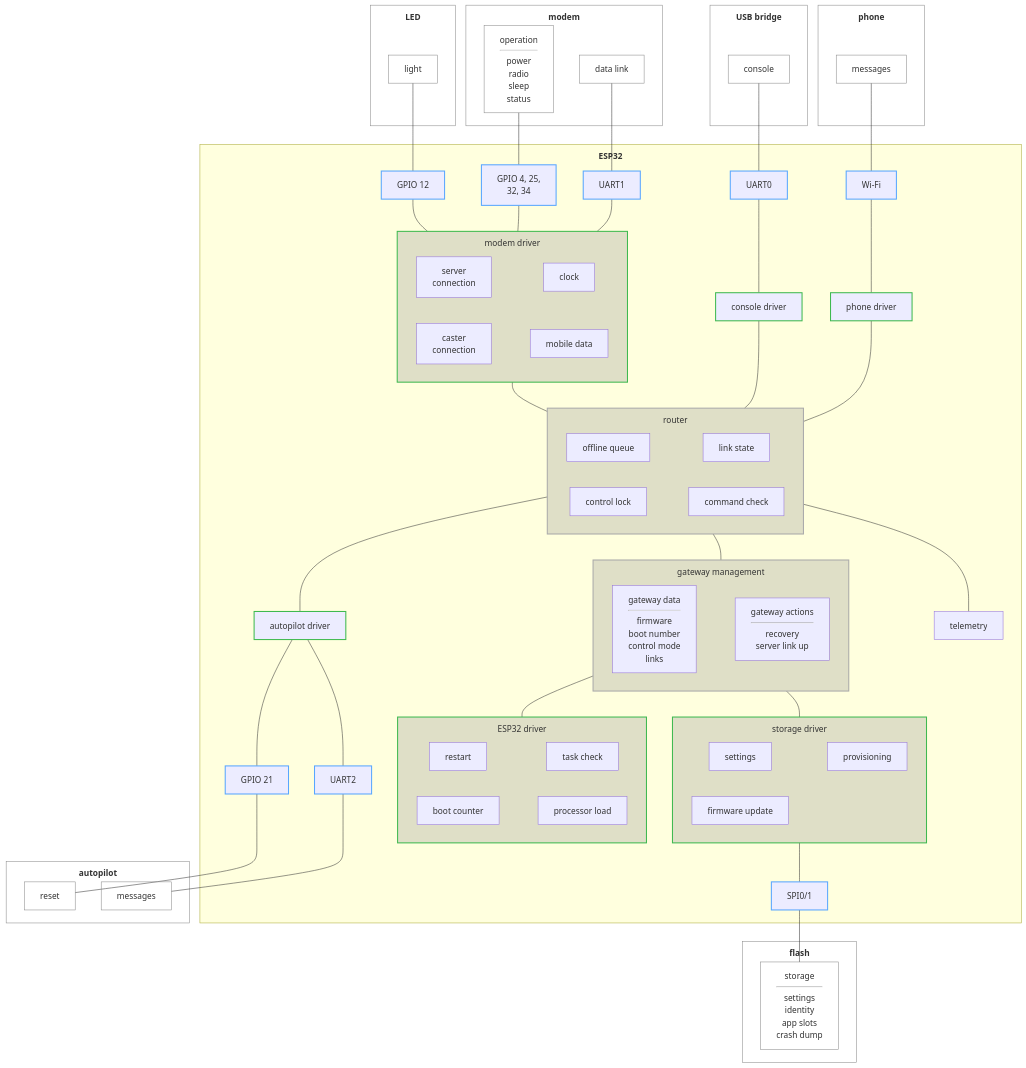
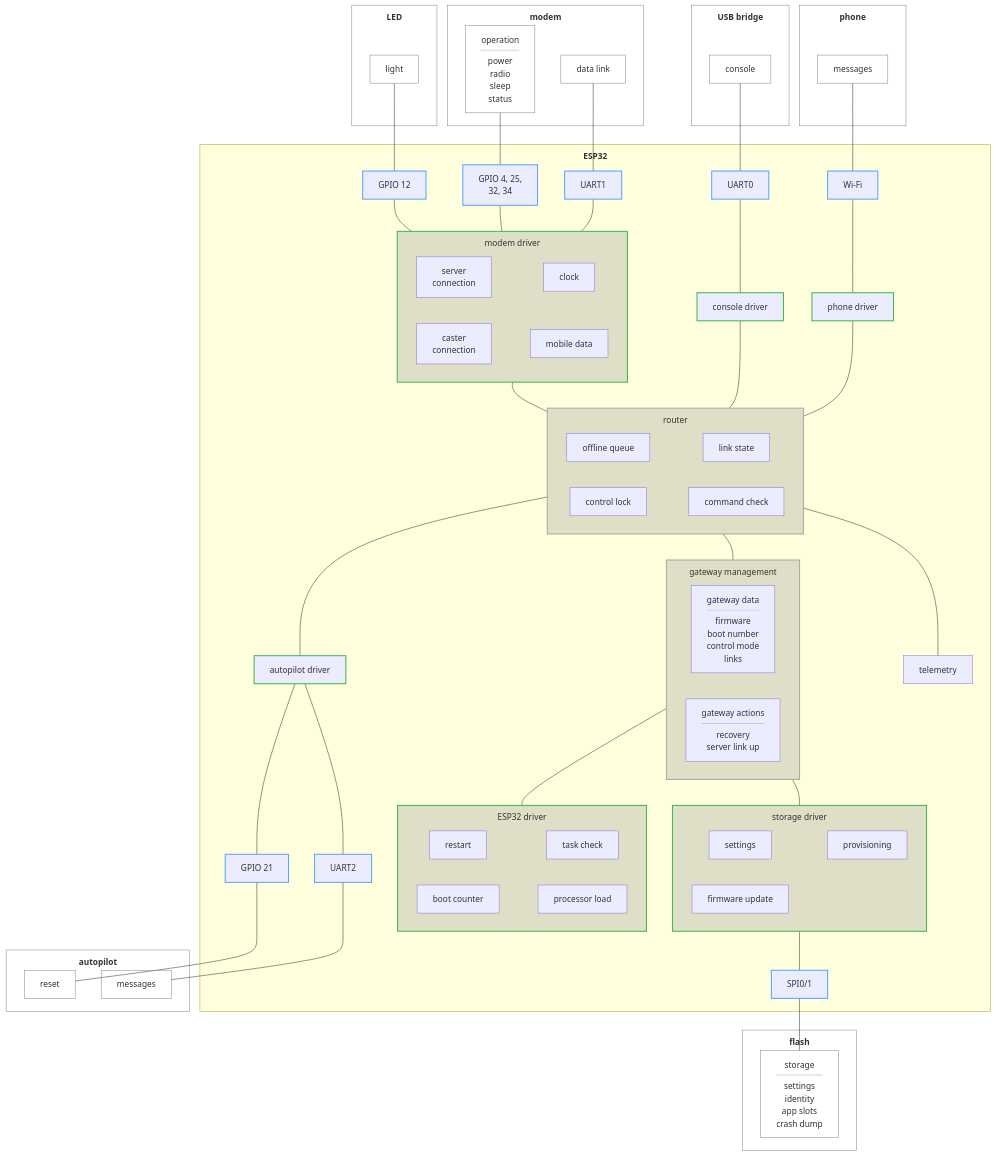
Before and after one commit to rmx-lt/rmx-mower-gateway: the diagram in .esp-architecture/diagrams/block-draft.md, drawn with Mermaid.

Commit message:
Draft: gateway data and actions side by side

```diff
--- a/.esp-architecture/diagrams/block-draft.md
+++ b/.esp-architecture/diagrams/block-draft.md
@@ -53,7 +53,6 @@
     subgraph mgmt["gateway management"]
       gdata["gateway data<hr/>firmware<br/>boot number<br/>control mode<br/>links"]
       gact["gateway actions<hr/>recovery<br/>server link up"]
-      gdata ~~~ gact
     end
     subgraph esp["ESP32 driver"]
       rst["restart"]
```
